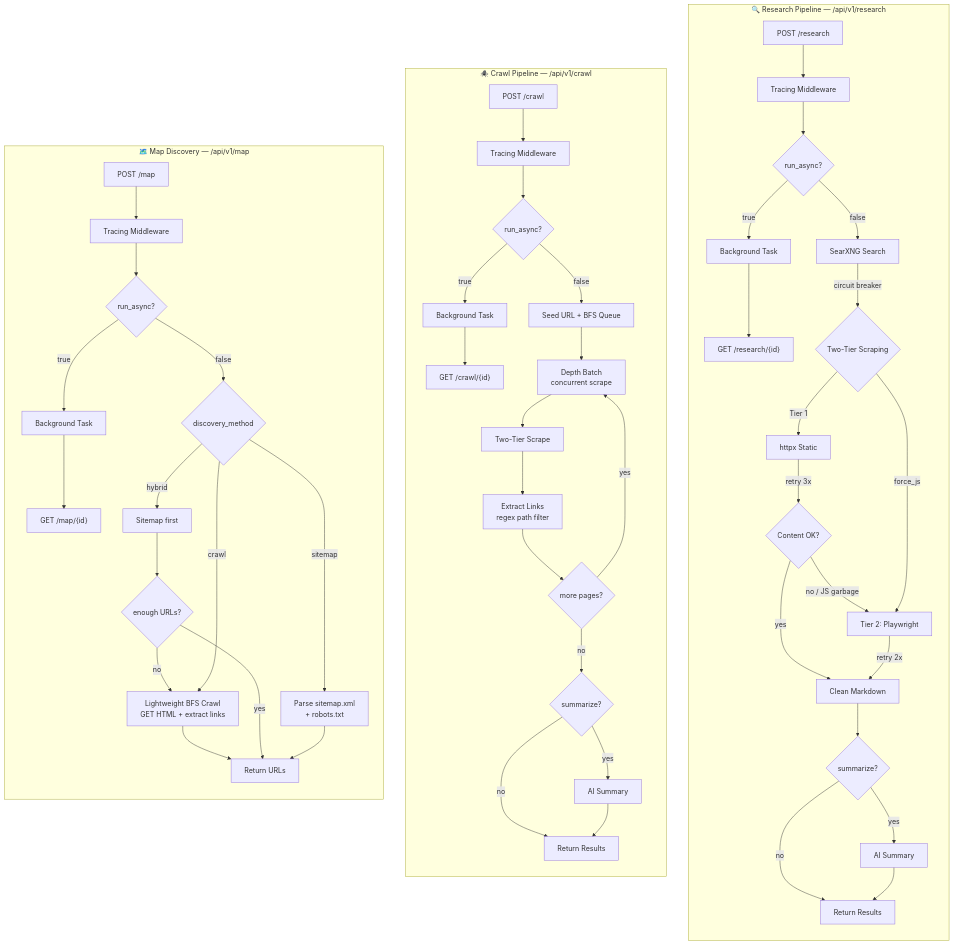
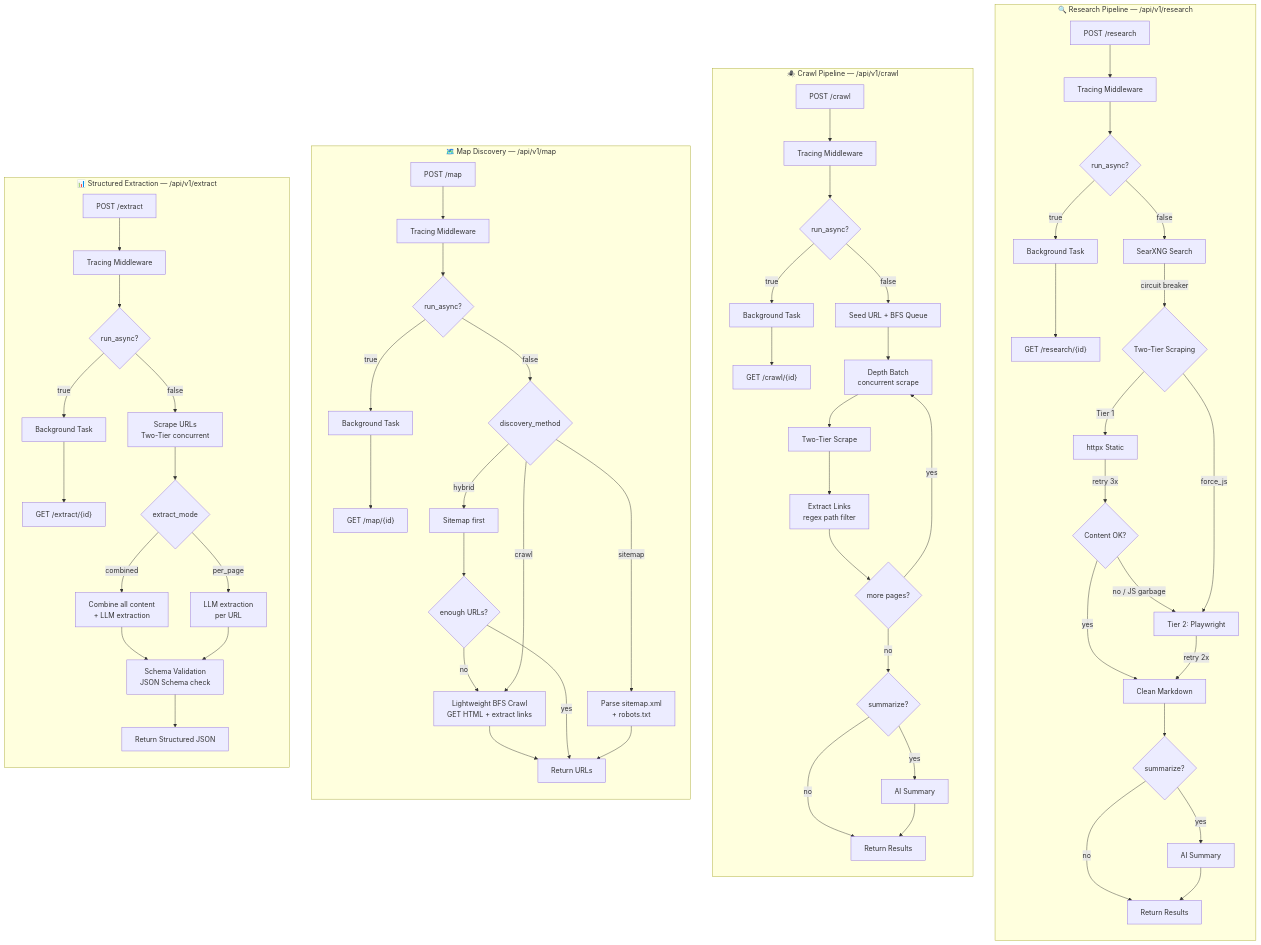
Before and after one commit to zeinhasan/CHIPER: the diagram in README.md, drawn with Mermaid. The commit also changed other lines of this file and 8 other files, not shown here.

First line of the commit message:
feat: structured data extraction (FC-3)

````diff
--- a/README.md
+++ b/README.md
@@ -13,57 +13,72 @@
 ```mermaid
 flowchart TD
     subgraph Research["🔍 Research Pipeline — /api/v1/research"]
         direction TB
         R1[POST /research] --> R2[Tracing Middleware]
         R2 --> R3{run_async?}
         R3 -->|true| R4[Background Task]
         R4 --> R4a["GET /research/{id}"]
         R3 -->|false| R5[SearXNG Search]
         R5 -->|circuit breaker| R6{Two-Tier Scraping}
         R6 -->|"Tier 1"| R7[httpx Static]
         R7 -->|retry 3x| R8{Content OK?}
         R8 -->|yes| R9[Clean Markdown]
         R8 -->|"no / JS garbage"| R10["Tier 2: Playwright"]
         R6 -->|force_js| R10
         R10 -->|retry 2x| R9
         R9 --> R11{summarize?}
         R11 -->|yes| R12[AI Summary]
         R11 -->|no| R13[Return Results]
         R12 --> R13
     end
 
     subgraph Crawl["🕷️ Crawl Pipeline — /api/v1/crawl"]
         direction TB
         C1[POST /crawl] --> C2[Tracing Middleware]
         C2 --> C3{run_async?}
         C3 -->|true| C4[Background Task]
         C4 --> C4a["GET /crawl/{id}"]
         C3 -->|false| C5[Seed URL + BFS Queue]
         C5 --> C6["Depth Batch<br/>concurrent scrape"]
         C6 --> C7[Two-Tier Scrape]
         C7 --> C8["Extract Links<br/>regex path filter"]
         C8 --> C9{more pages?}
         C9 -->|yes| C6
         C9 -->|no| C10{summarize?}
         C10 -->|yes| C11[AI Summary]
         C10 -->|no| C12[Return Results]
         C11 --> C12
     end
 
     subgraph Map["🗺️ Map Discovery — /api/v1/map"]
         direction TB
         M1[POST /map] --> M2[Tracing Middleware]
         M2 --> M3{run_async?}
         M3 -->|true| M4[Background Task]
         M4 --> M4a["GET /map/{id}"]
         M3 -->|false| M5{discovery_method}
         M5 -->|"sitemap"| M6["Parse sitemap.xml<br/>+ robots.txt"]
         M5 -->|"hybrid"| M7["Sitemap first"]
         M7 --> M8{enough URLs?}
         M8 -->|no| M9["Lightweight BFS Crawl<br/>GET HTML + extract links"]
         M9 --> M10[Return URLs]
         M8 -->|yes| M10
         M6 --> M10
         M5 -->|"crawl"| M9
     end
+
+    subgraph Extract["📊 Structured Extraction — /api/v1/extract"]
+        direction TB
+        E1[POST /extract] --> E2[Tracing Middleware]
+        E2 --> E3{run_async?}
+        E3 -->|true| E4[Background Task]
+        E4 --> E4a["GET /extract/{id}"]
+        E3 -->|false| E5[Scrape URLs<br/>Two-Tier concurrent]
+        E5 --> E6{extract_mode}
+        E6 -->|"combined"| E7["Combine all content<br/>+ LLM extraction"]
+        E6 -->|"per_page"| E8["LLM extraction<br/>per URL"]
+        E7 --> E9[Schema Validation<br/>JSON Schema check]
+        E8 --> E9
+        E9 --> E10[Return Structured JSON]
+    end
 ```
````
